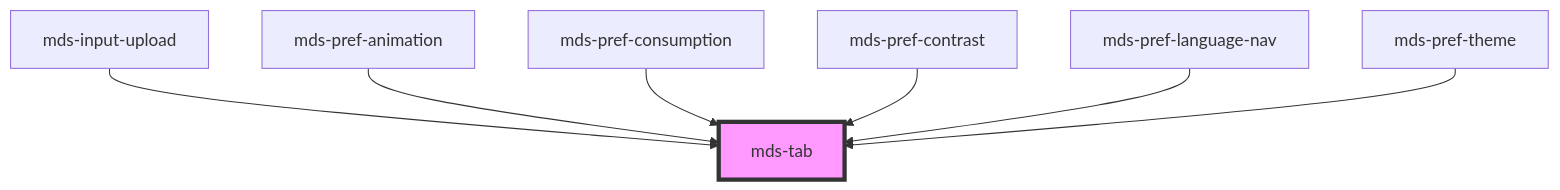
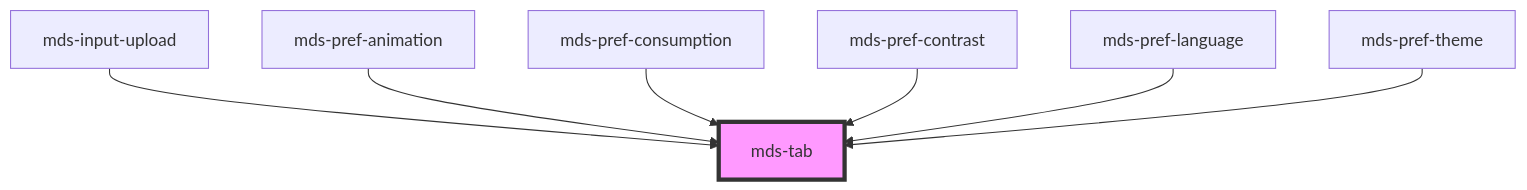
The diagram in projects/stencil/src/components/mds-tab/readme.md (magma-design-system/magma), drawn with Mermaid before and after one commit. The commit also changed other lines of this file and 26 other files, not shown here.

Commit message:
chore(mds-pref-language): reafactor, remove mds-pref-language-nav

````diff
--- a/projects/stencil/src/components/mds-tab/readme.md
+++ b/projects/stencil/src/components/mds-tab/readme.md
@@ -65,10 +65,10 @@
 ```mermaid
 graph TD;
   mds-input-upload --> mds-tab
   mds-pref-animation --> mds-tab
   mds-pref-consumption --> mds-tab
   mds-pref-contrast --> mds-tab
-  mds-pref-language-nav --> mds-tab
+  mds-pref-language --> mds-tab
   mds-pref-theme --> mds-tab
   style mds-tab fill:#f9f,stroke:#333,stroke-width:4px
 ```
````
